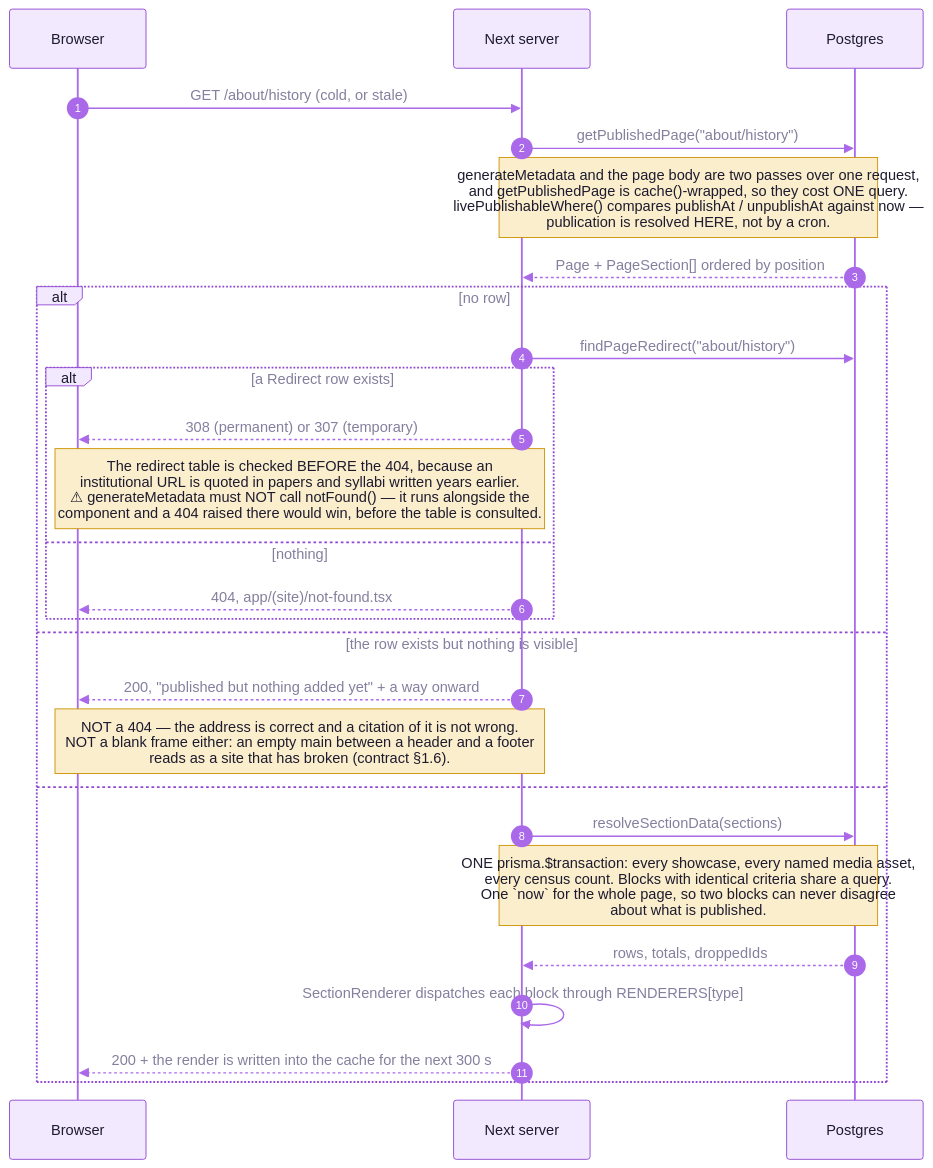
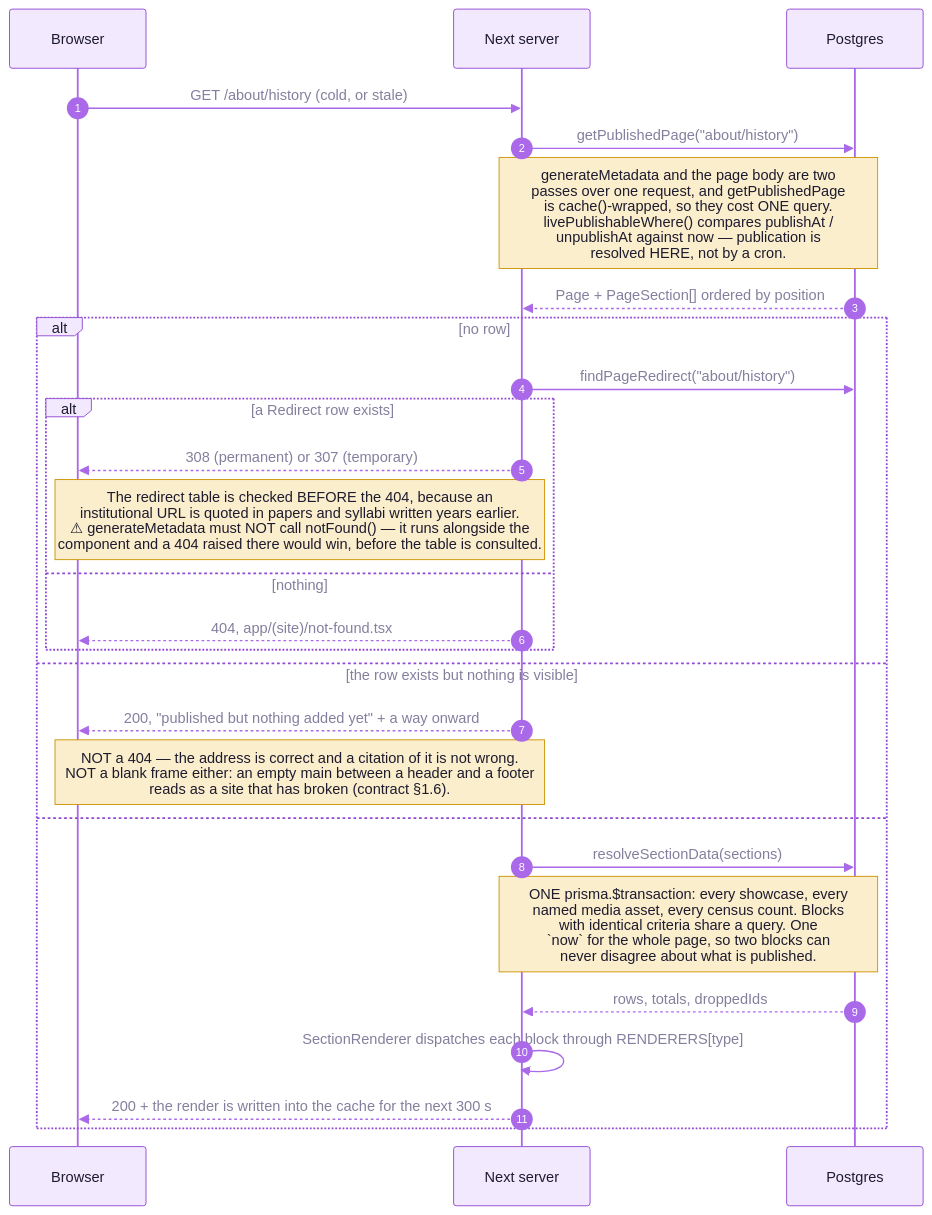
Before and after one commit to cxacraftecosystem-ui/cxa-cms: the second of 9 diagrams in docs/REQUEST-LIFECYCLE.md, drawn with Mermaid. The commit also changed other lines of this file and 2 other files, not shown here.

Commit message:
README check: edge labels and messages are measured against their own label box only; long sequence notes break onto shorter lines

````diff
--- a/docs/REQUEST-LIFECYCLE.md
+++ b/docs/REQUEST-LIFECYCLE.md
@@ -40,33 +40,33 @@
 ```mermaid
 %%{init: {"theme":"base","fontFamily":"Inter, ui-sans-serif, system-ui, -apple-system, Segoe UI, Roboto, Helvetica, Arial, sans-serif","themeVariables":{"fontSize":"15px","primaryColor":"#F2E9FE","primaryTextColor":"#1E1B2E","primaryBorderColor":"#9148D2","secondaryColor":"#FAEECD","secondaryTextColor":"#1E1B2E","secondaryBorderColor":"#CD9200","tertiaryColor":"#F3F1FA","tertiaryTextColor":"#1E1B2E","tertiaryBorderColor":"#A7A3BC","mainBkg":"#F2E9FE","nodeBorder":"#9148D2","nodeTextColor":"#1E1B2E","lineColor":"#AA69E9","textColor":"#857F9E","edgeLabelBackground":"#F9F5FF","clusterBkg":"#F9F5FF","clusterBorder":"#D6B6FB","titleColor":"#762CB1","noteBkgColor":"#FAEECD","noteTextColor":"#1E1B2E","noteBorderColor":"#CD9200","actorBkg":"#F2E9FE","actorBorder":"#9148D2","actorTextColor":"#1E1B2E","actorLineColor":"#AA69E9","signalColor":"#AA69E9","signalTextColor":"#857F9E","labelBoxBkgColor":"#F2E9FE","labelBoxBorderColor":"#9148D2","labelTextColor":"#1E1B2E","loopTextColor":"#857F9E","activationBkgColor":"#E7D5FE","activationBorderColor":"#9148D2","sequenceNumberColor":"#FFFFFF","transitionColor":"#AA69E9","transitionLabelColor":"#857F9E","stateLabelColor":"#1E1B2E","stateBkg":"#F2E9FE","compositeBackground":"#F9F5FF","compositeTitleBackground":"#F2E9FE","attributeBackgroundColorOdd":"#FFFFFF","attributeBackgroundColorEven":"#F9F5FF","relationColor":"#AA69E9","relationLabelBackground":"#F9F5FF","relationLabelColor":"#1E1B2E"}}}%%
 sequenceDiagram
     autonumber
     participant B as Browser
     participant N as Next server
     participant P as Postgres
 
     B->>N: GET /about/history (cold, or stale)
 
     N->>P: getPublishedPage("about/history")
-    Note over N,P: generateMetadata and the page body are two passes over one request,<br/>and getPublishedPage is cache()-wrapped, so they cost ONE query.<br/>livePublishableWhere() compares publishAt / unpublishAt against now —<br/>publication is resolved HERE, not by a cron.
+    Note over N,P: generateMetadata and the page body are two<br/>passes over one request, and getPublishedPage<br/>is cache()-wrapped, so they cost ONE query.<br/>livePublishableWhere() compares publishAt /<br/>unpublishAt against now — publication is<br/>resolved HERE, not by a cron.
     P-->>N: Page + PageSection[] ordered by position
 
     alt no row
         N->>P: findPageRedirect("about/history")
         alt a Redirect row exists
             N-->>B: 308 (permanent) or 307 (temporary)
             Note over N,B: The redirect table is checked BEFORE the 404, because an<br/>institutional URL is quoted in papers and syllabi written years earlier.<br/>⚠ generateMetadata must NOT call notFound() — it runs alongside the<br/>component and a 404 raised there would win, before the table is consulted.
         else nothing
             N-->>B: 404, app/(site)/not-found.tsx
         end
     else the row exists but nothing is visible
         N-->>B: 200, "published but nothing added yet" + a way onward
         Note over N,B: NOT a 404 — the address is correct and a citation of it is not wrong.<br/>NOT a blank frame either: an empty main between a header and a footer<br/>reads as a site that has broken (contract §1.6).
     else
         N->>P: resolveSectionData(sections)
-        Note over N,P: ONE prisma.$transaction: every showcase, every named media asset,<br/>every census count. Blocks with identical criteria share a query.<br/>One `now` for the whole page, so two blocks can never disagree<br/>about what is published.
+        Note over N,P: ONE prisma.$transaction: every showcase, every<br/>named media asset, every census count. Blocks<br/>with identical criteria share a query. One<br/>`now` for the whole page, so two blocks can<br/>never disagree about what is published.
         P-->>N: rows, totals, droppedIds
         N->>N: SectionRenderer dispatches each block through RENDERERS[type]
         N-->>B: 200 + the render is written into the cache for the next 300 s
     end
 ```
````
